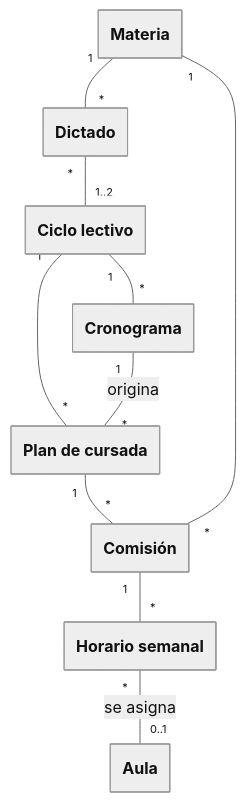
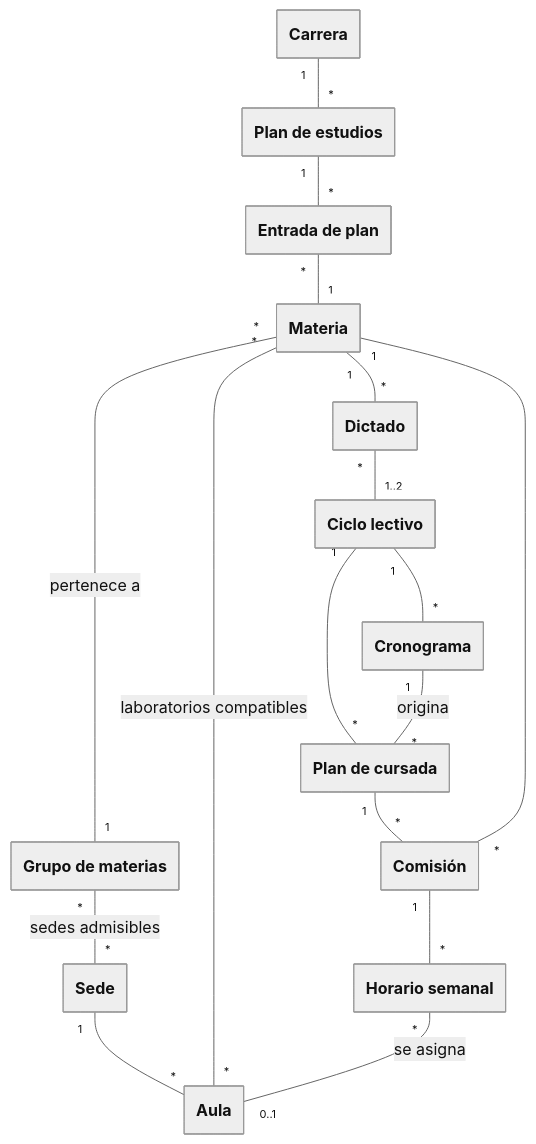
The second of 2 diagrams in project/Informe/cap05_modelo_conceptual.md (l-antonelli/gestor-aulas), drawn with Mermaid (neutral theme) before and after one commit. The commit also changed other lines of this file and 15 other files, not shown here.

````diff
--- a/project/Informe/cap05_modelo_conceptual.md
+++ b/project/Informe/cap05_modelo_conceptual.md
@@ -345,27 +310,39 @@
 ```mermaid
 ---
 config:
   class:
     hideEmptyMembersBox: true
 ---
 classDiagram
     direction TB
+    class Carrera
+    class PlanDeEstudios["Plan de estudios"]
+    class EntradaDePlan["Entrada de plan"]
     class Materia
+    class GrupoDeMaterias["Grupo de materias"]
+    class Sede
+    class Aula
     class Dictado
     class CicloLectivo["Ciclo lectivo"]
     class Cronograma
     class PlanDeCursada["Plan de cursada"]
     class Comision["Comisión"]
     class HorarioSemanal["Horario semanal"]
-    class Aula
 
+    Carrera "1" -- "*" PlanDeEstudios
+    PlanDeEstudios "1" -- "*" EntradaDePlan
+    EntradaDePlan "*" -- "1" Materia
+    Materia "*" -- "1" GrupoDeMaterias : pertenece a
+    GrupoDeMaterias "*" -- "*" Sede : sedes admisibles
+    Sede "1" -- "*" Aula
+    Materia "*" -- "*" Aula : laboratorios compatibles
     Materia "1" -- "*" Dictado
     Dictado "*" -- "1..2" CicloLectivo
     CicloLectivo "1" -- "*" Cronograma
     CicloLectivo "1" -- "*" PlanDeCursada
     Cronograma "1" -- "*" PlanDeCursada : origina
     PlanDeCursada "1" -- "*" Comision
     Materia "1" -- "*" Comision
     Comision "1" -- "*" HorarioSemanal
     HorarioSemanal "*" -- "0..1" Aula : se asigna
 ```
````
